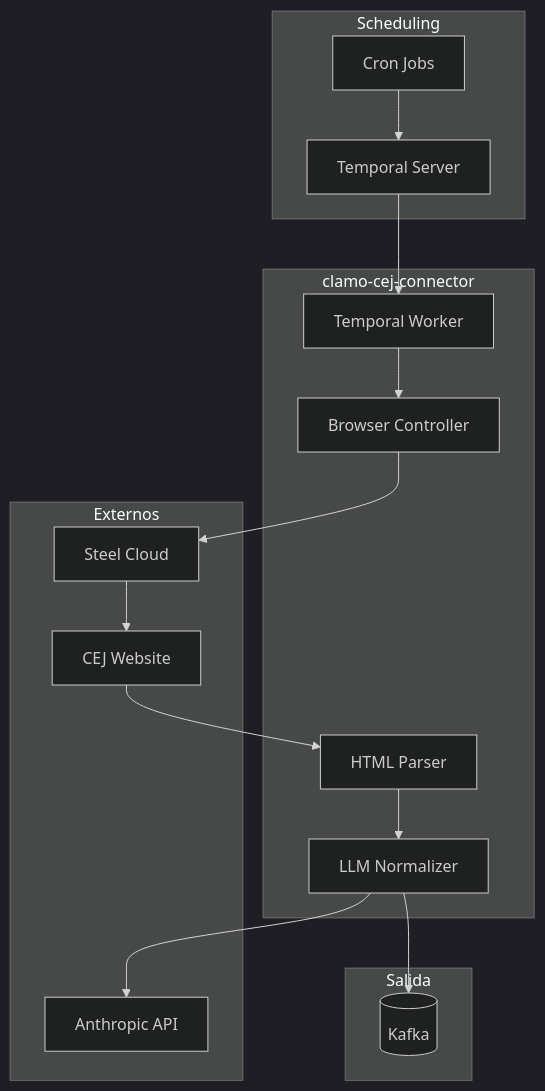
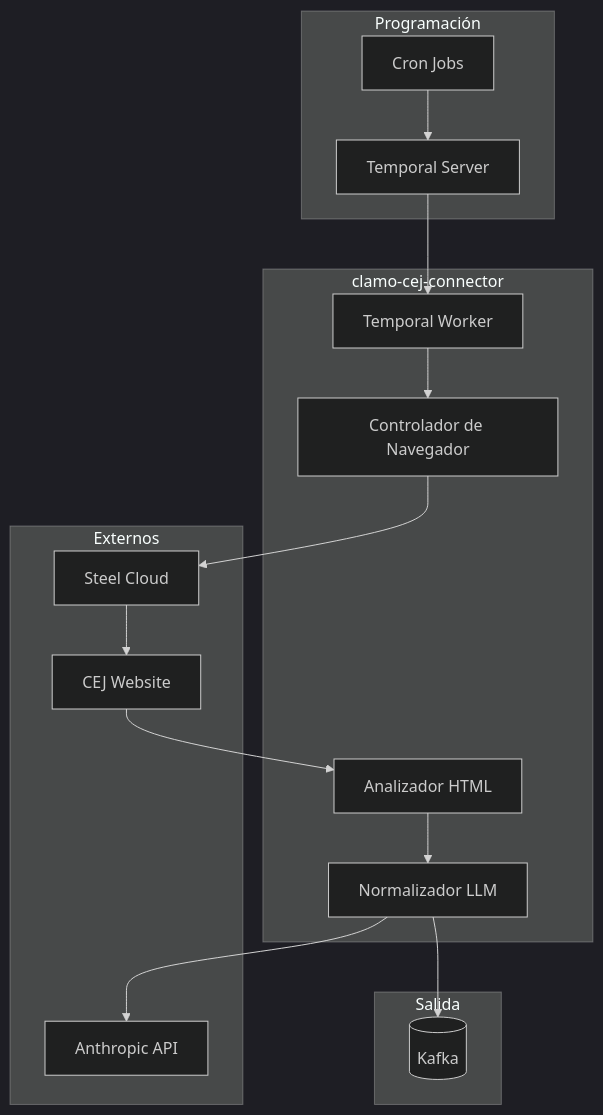
Before and after one commit to GetClamo/docs: the diagram in es/servicios/clamo-cej-connector.mdx, drawn with Mermaid (dark theme). The commit also changed other lines of this file and 28 other files, not shown here.

````diff
--- a/es/servicios/clamo-cej-connector.mdx
+++ b/es/servicios/clamo-cej-connector.mdx
@@ -22,34 +22,34 @@
 ```mermaid
 flowchart TB
-    subgraph Scheduler [Scheduling]
+    subgraph Scheduler [Programación]
         Cron[Cron Jobs]
         Temporal[Temporal Server]
     end
     
     subgraph Connector [clamo-cej-connector]
         Worker[Temporal Worker]
-        Browser[Browser Controller]
-        Parser[HTML Parser]
-        Normalizer[LLM Normalizer]
+        Browser[Controlador de Navegador]
+        Parser[Analizador HTML]
+        Normalizer[Normalizador LLM]
     end
     
     subgraph External [Externos]
         Steel[Steel Cloud]
         CEJ[CEJ Website]
         Anthropic[Anthropic API]
     end
     
     subgraph Output [Salida]
         Kafka[(Kafka)]
     end
     
     Cron --> Temporal
     Temporal --> Worker
     Worker --> Browser
     Browser --> Steel
     Steel --> CEJ
     CEJ --> Parser
     Parser --> Normalizer
     Normalizer --> Anthropic
     Normalizer --> Kafka
 ```
````
